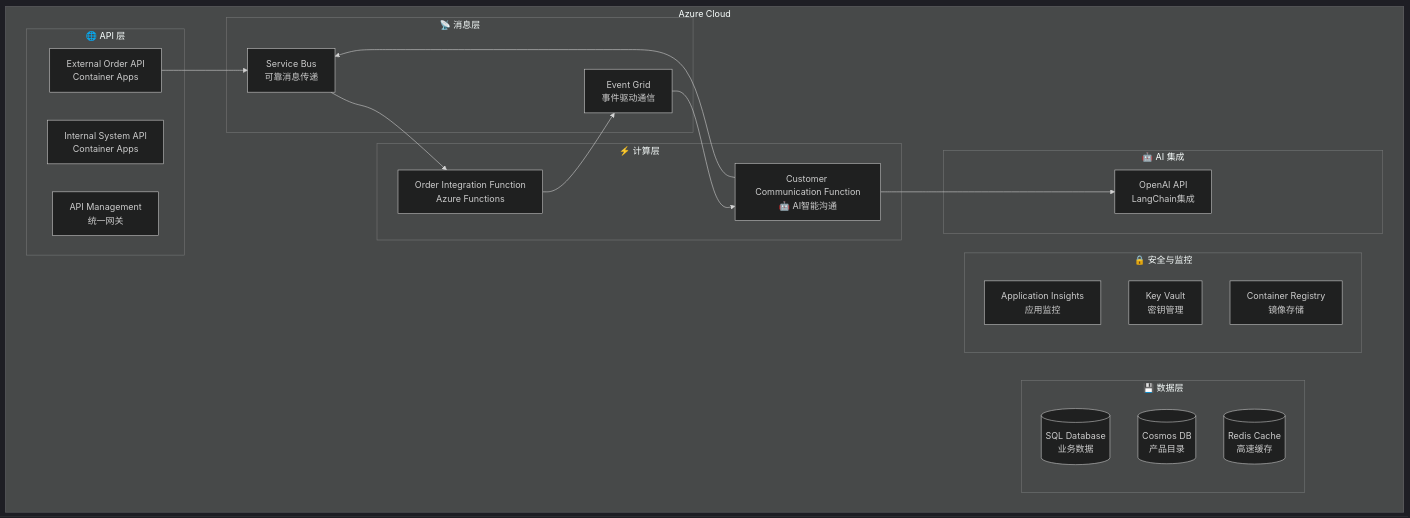
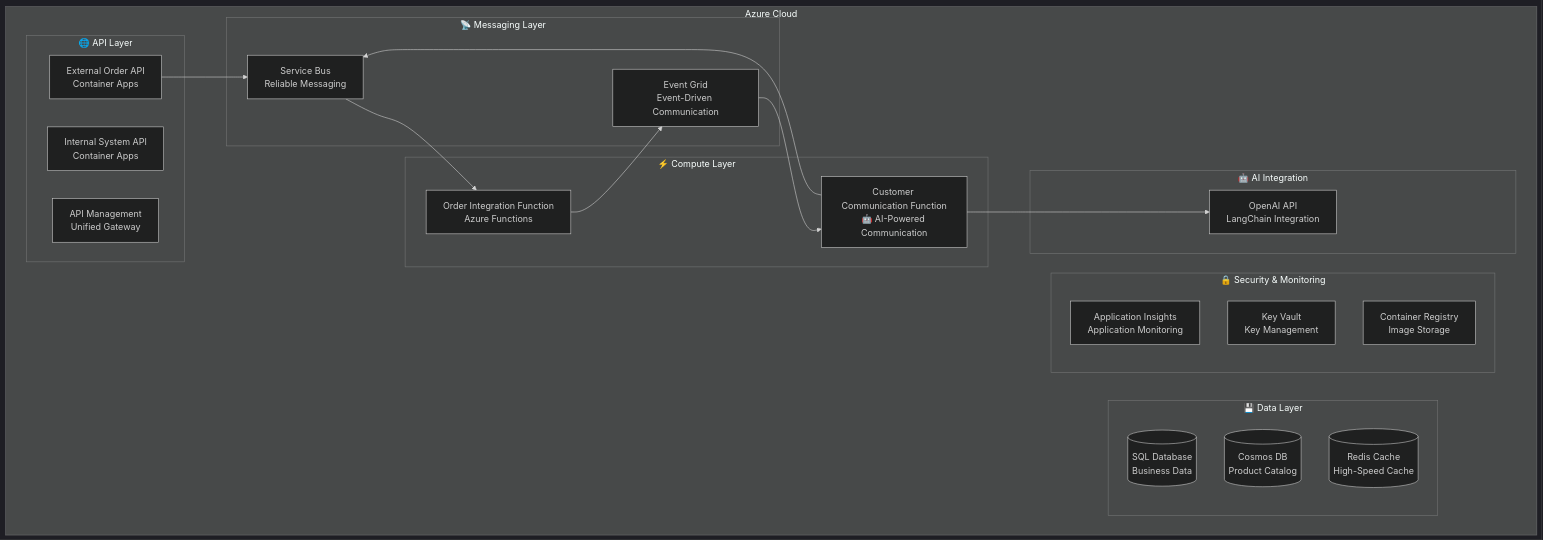
One commit to guangliangyang/FoodOrderConnect changed the diagram in docs/deployment-guide.md. Above: the diagram before and after it, drawn with Mermaid (dark theme). The commit also changed other lines of this file and 3 other files, not shown here.

````diff
--- a/docs/deployment-guide.md
+++ b/docs/deployment-guide.md
@@ -9,43 +9,43 @@
 ```mermaid
 graph TB
     subgraph "Azure Cloud"
-        subgraph "🌐 API 层"
+        subgraph "🌐 API Layer"
             ExtAPI[External Order API<br/>Container Apps]
             IntAPI[Internal System API<br/>Container Apps]
-            APIM[API Management<br/>统一网关]
+            APIM[API Management<br/>Unified Gateway]
         end
         
-        subgraph "⚡ 计算层"
+        subgraph "⚡ Compute Layer"
             OrderFunc[Order Integration Function<br/>Azure Functions]
-            AIFunc[Customer Communication Function<br/>🤖 AI智能沟通]
+            AIFunc[Customer Communication Function<br/>🤖 AI-Powered Communication]
         end
         
-        subgraph "📡 消息层"
-            SB[Service Bus<br/>可靠消息传递]
-            EG[Event Grid<br/>事件驱动通信]
+        subgraph "📡 Messaging Layer"
+            SB[Service Bus<br/>Reliable Messaging]
+            EG[Event Grid<br/>Event-Driven Communication]
         end
         
-        subgraph "💾 数据层"
-            SQL[(SQL Database<br/>业务数据)]
-            Cosmos[(Cosmos DB<br/>产品目录)]
-            Redis[(Redis Cache<br/>高速缓存)]
+        subgraph "💾 Data Layer"
+            SQL[(SQL Database<br/>Business Data)]
+            Cosmos[(Cosmos DB<br/>Product Catalog)]
+            Redis[(Redis Cache<br/>High-Speed Cache)]
         end
         
-        subgraph "🔒 安全与监控"
-            AI_Insights[Application Insights<br/>应用监控]
-            KV[Key Vault<br/>密钥管理]
-            ACR[Container Registry<br/>镜像存储]
+        subgraph "🔒 Security & Monitoring"
+            AI_Insights[Application Insights<br/>Application Monitoring]
+            KV[Key Vault<br/>Key Management]
+            ACR[Container Registry<br/>Image Storage]
         end
         
-        subgraph "🤖 AI 集成"
-            OpenAI[OpenAI API<br/>LangChain集成]
+        subgraph "🤖 AI Integration"
+            OpenAI[OpenAI API<br/>LangChain Integration]
         end
     end
     
     ExtAPI --> SB
     SB --> OrderFunc
     OrderFunc --> EG
     EG --> AIFunc
     AIFunc --> OpenAI
     AIFunc --> SB
 ```
````
